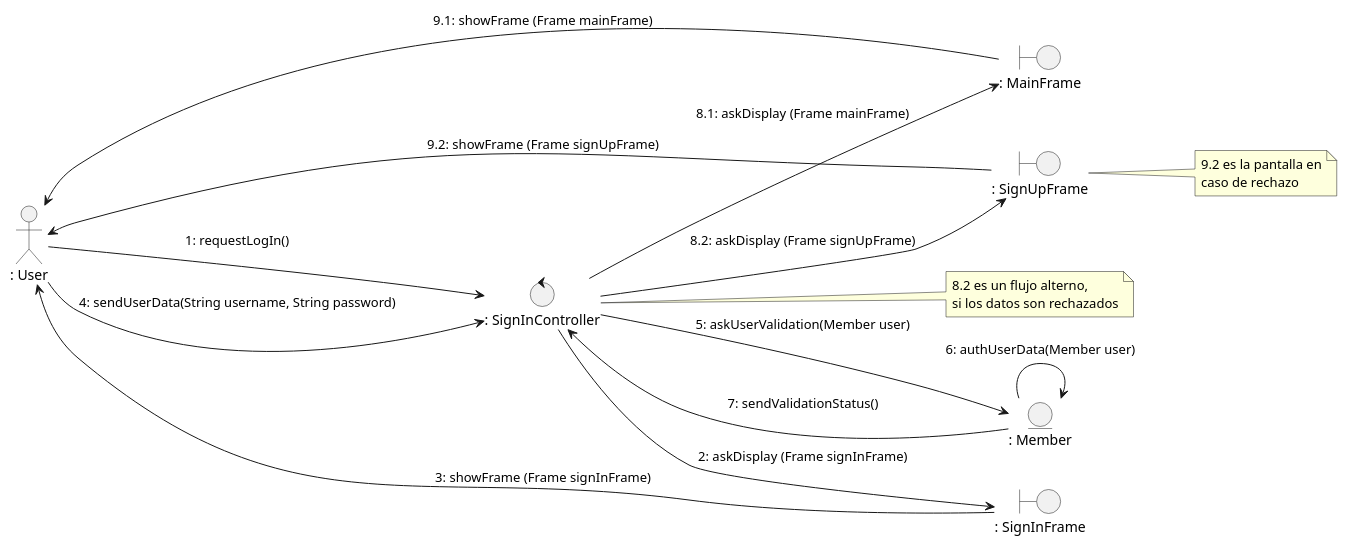
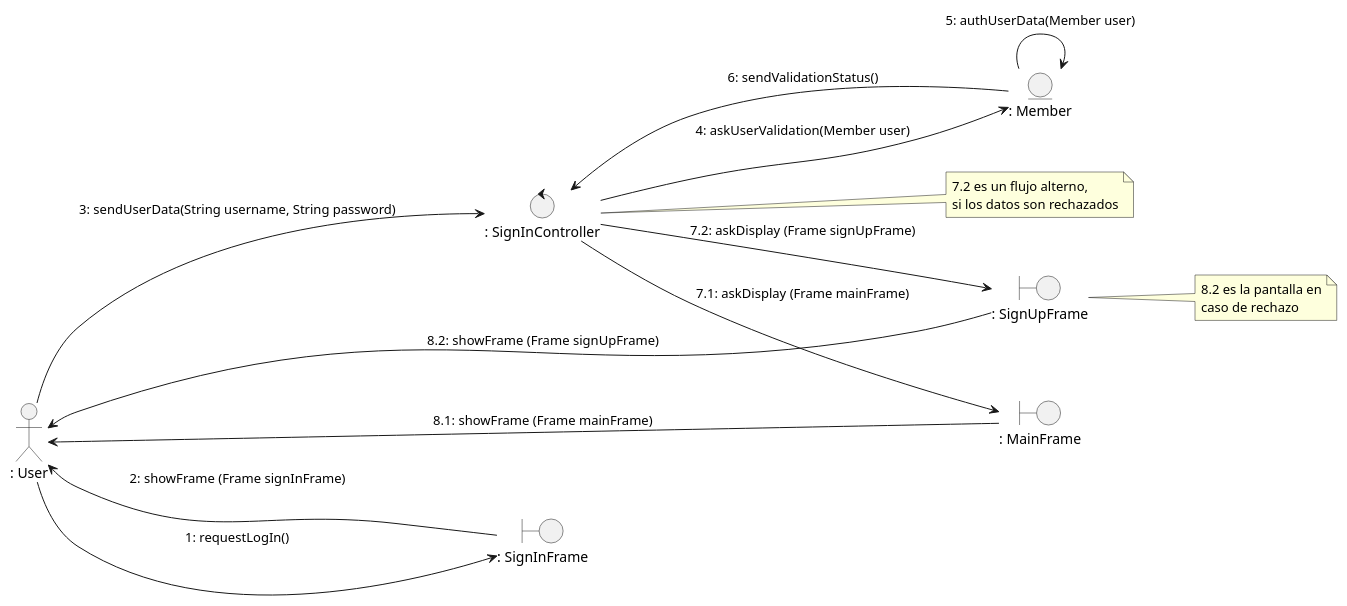
One commit to Danfloca02/ProyectoFacUpdate changed the diagram in docs/logicalView/analysisView/usecaseAnalysis/collaborationDiagram/PlantUML/uc2_login.plantuml. Above: the diagram before and after it, drawn with PlantUML. The commit also changed 6 other files, not shown here.

Commit message:
New changes to collaboration diagrams

```diff
--- a/docs/logicalView/analysisView/usecaseAnalysis/collaborationDiagram/PlantUML/uc2_login.plantuml
+++ b/docs/logicalView/analysisView/usecaseAnalysis/collaborationDiagram/PlantUML/uc2_login.plantuml
@@ -1,35 +1,34 @@
 @startuml uc2_login
 
 left to right direction
 
 actor ": User" as user
 entity ": Member" as mod
 control ": SignInController" as con
 boundary ": SignInFrame" as vis
 boundary ": MainFrame" as main
 boundary ": SignUpFrame" as sup
 
 note right of con
-    8.2 es un flujo alterno, 
+    7.2 es un flujo alterno, 
     si los datos son rechazados
 end note
 
 note right of sup 
-    9.2 es la pantalla en
+    8.2 es la pantalla en
     caso de rechazo
 end note
 
 
-user --> con : 1: requestLogIn()
-con --> vis : 2: askDisplay (Frame signInFrame)
-vis --> user : 3: showFrame (Frame signInFrame)
-user --> con : 4: sendUserData(String username, String password)
-con --> mod : 5: askUserValidation(Member user)
-mod --> mod : 6: authUserData(Member user) 
-mod --> con : 7: sendValidationStatus() 
-con --> main : 8.1: askDisplay (Frame mainFrame)
-con --> sup : 8.2: askDisplay (Frame signUpFrame)
-main --> user : 9.1: showFrame (Frame mainFrame)
-sup --> user : 9.2: showFrame (Frame signUpFrame)
+user --> vis : 1: requestLogIn()
+vis --> user : 2: showFrame (Frame signInFrame)
+user --> con : 3: sendUserData(String username, String password)
+con --> mod : 4: askUserValidation(Member user)
+mod --> mod : 5: authUserData(Member user) 
+mod --> con : 6: sendValidationStatus() 
+con --> main : 7.1: askDisplay (Frame mainFrame)
+con --> sup : 7.2: askDisplay (Frame signUpFrame)
+main --> user : 8.1: showFrame (Frame mainFrame)
+sup --> user : 8.2: showFrame (Frame signUpFrame)
 
 @enduml
```
